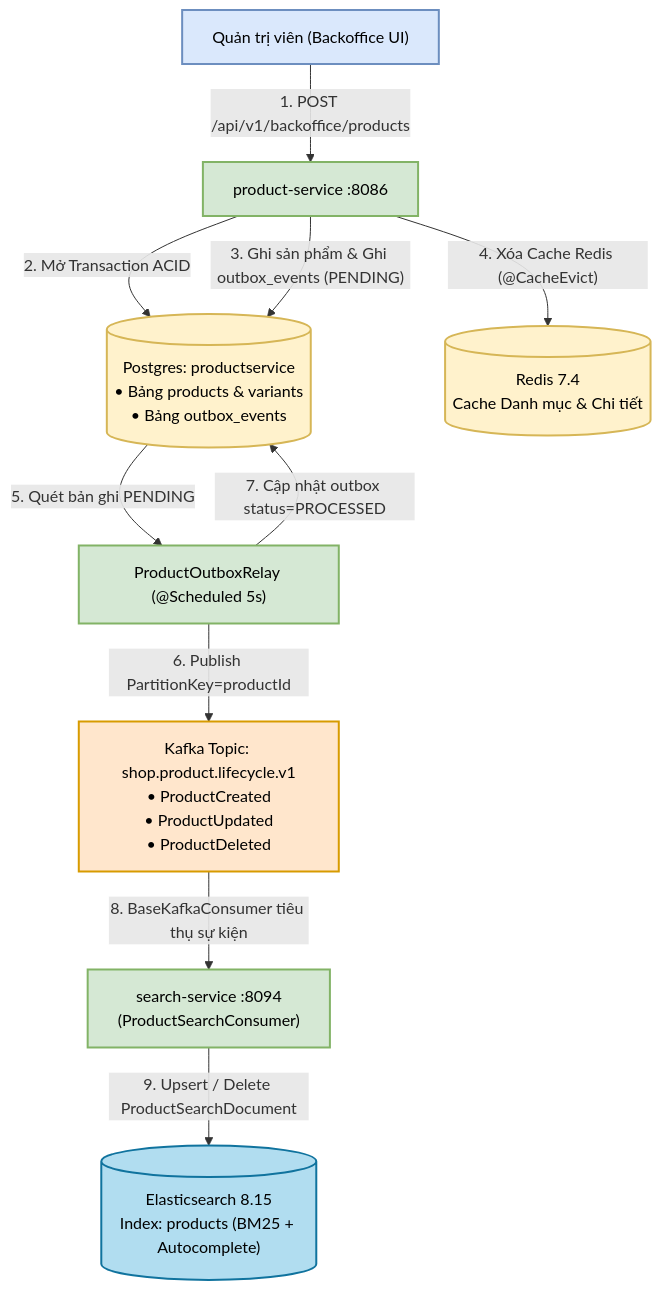
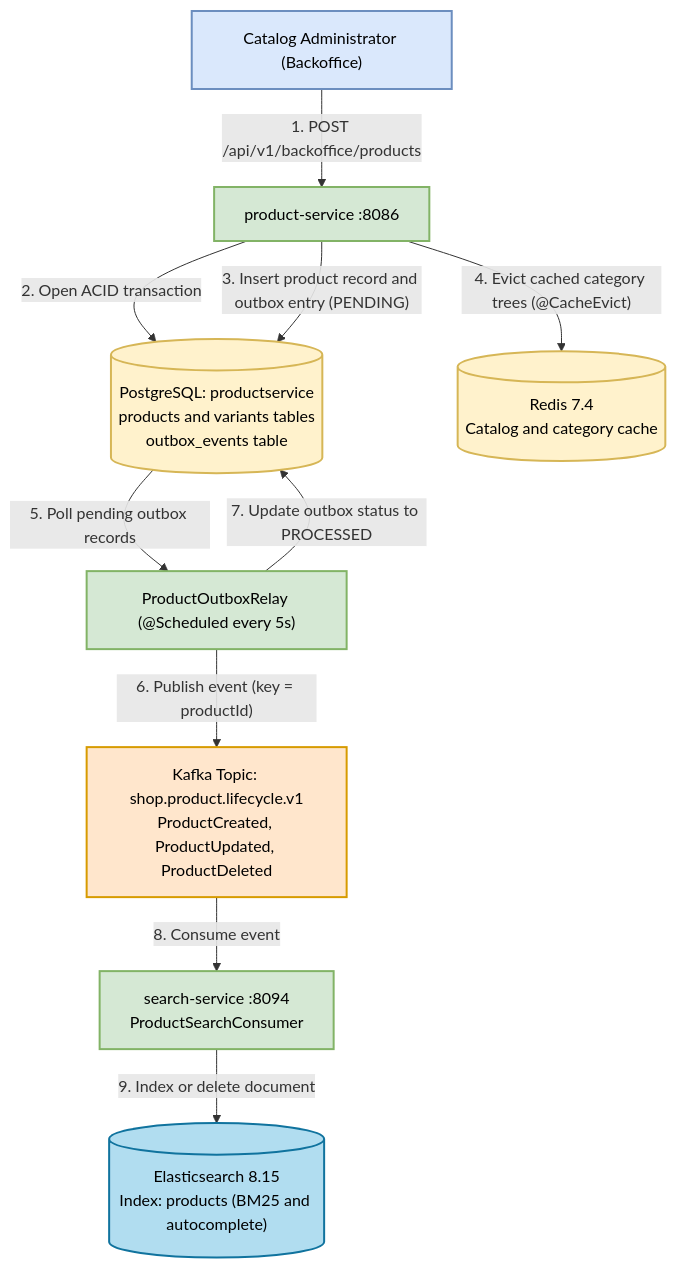
One commit to tonminhce/petproject changed the third of 10 diagrams in README.md. Above: the diagram before and after it, drawn with Mermaid. The commit also changed other lines of this file and 77 other files, not shown here.

````diff
--- a/README.md
+++ b/README.md
@@ -236,27 +236,27 @@
 ```mermaid
 flowchart TD
     classDef adminClass fill:#dae8fc,stroke:#6c8ebf,stroke-width:2px,color:#000000;
     classDef serviceClass fill:#d5e8d4,stroke:#82b366,stroke-width:2px,color:#000000;
     classDef dbClass fill:#fff2cc,stroke:#d6b656,stroke-width:2px,color:#000000;
     classDef kafkaClass fill:#ffe6cc,stroke:#d79b00,stroke-width:2px,color:#000000;
     classDef esClass fill:#b1ddf0,stroke:#10739e,stroke-width:2px,color:#000000;
 
-    ADMIN["Quản trị viên (Backoffice UI)"]:::adminClass
+    ADMIN["Catalog Administrator (Backoffice)"]:::adminClass
     PRD["product-service :8086"]:::serviceClass
-    PG_PRD[("Postgres: productservice<br/>• Bảng products & variants<br/>• Bảng outbox_events")]:::dbClass
-    RELAY["ProductOutboxRelay (@Scheduled 5s)"]:::serviceClass
-    KAFKA["Kafka Topic: shop.product.lifecycle.v1<br/>• ProductCreated<br/>• ProductUpdated<br/>• ProductDeleted"]:::kafkaClass
-    SEARCH["search-service :8094<br/>(ProductSearchConsumer)"]:::serviceClass
-    ES[("Elasticsearch 8.15<br/>Index: products (BM25 + Autocomplete)")]:::esClass
-    REDIS[("Redis 7.4<br/>Cache Danh mục & Chi tiết")]:::dbClass
+    PG_PRD[("PostgreSQL: productservice<br/>products and variants tables<br/>outbox_events table")]:::dbClass
+    RELAY["ProductOutboxRelay (@Scheduled every 5s)"]:::serviceClass
+    KAFKA["Kafka Topic: shop.product.lifecycle.v1<br/>ProductCreated, ProductUpdated, ProductDeleted"]:::kafkaClass
+    SEARCH["search-service :8094<br/>ProductSearchConsumer"]:::serviceClass
+    ES[("Elasticsearch 8.15<br/>Index: products (BM25 and autocomplete)")]:::esClass
+    REDIS[("Redis 7.4<br/>Catalog and category cache")]:::dbClass
 
     ADMIN -->|"1. POST /api/v1/backoffice/products"| PRD
-    PRD -->|"2. Mở Transaction ACID"| PG_PRD
-    PRD -->|"3. Ghi sản phẩm & Ghi outbox_events (PENDING)"| PG_PRD
-    PRD -->|"4. Xóa Cache Redis (@CacheEvict)"| REDIS
-    PG_PRD -->|"5. Quét bản ghi PENDING"| RELAY
-    RELAY -->|"6. Publish PartitionKey=productId"| KAFKA
-    RELAY -->|"7. Cập nhật outbox status=PROCESSED"| PG_PRD
-    KAFKA -->|"8. BaseKafkaConsumer tiêu thụ sự kiện"| SEARCH
-    SEARCH -->|"9. Upsert / Delete ProductSearchDocument"| ES
+    PRD -->|"2. Open ACID transaction"| PG_PRD
+    PRD -->|"3. Insert product record and outbox entry (PENDING)"| PG_PRD
+    PRD -->|"4. Evict cached category trees (@CacheEvict)"| REDIS
+    PG_PRD -->|"5. Poll pending outbox records"| RELAY
+    RELAY -->|"6. Publish event (key = productId)"| KAFKA
+    RELAY -->|"7. Update outbox status to PROCESSED"| PG_PRD
+    KAFKA -->|"8. Consume event"| SEARCH
+    SEARCH -->|"9. Index or delete document"| ES
 ```
````
